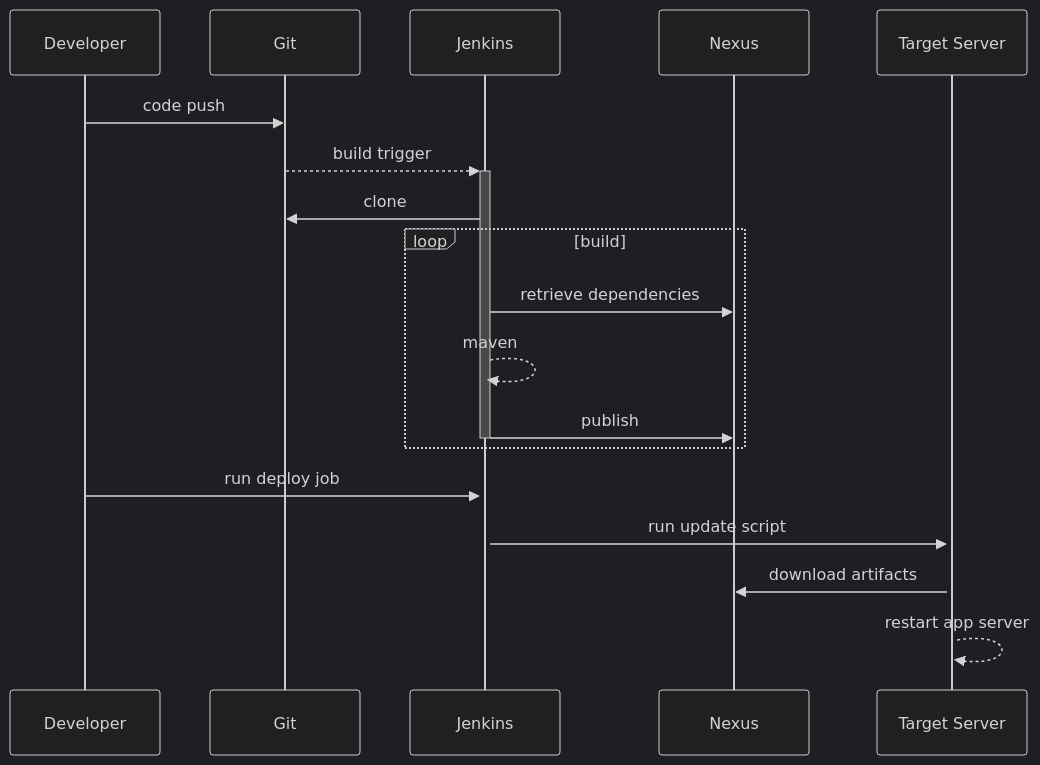
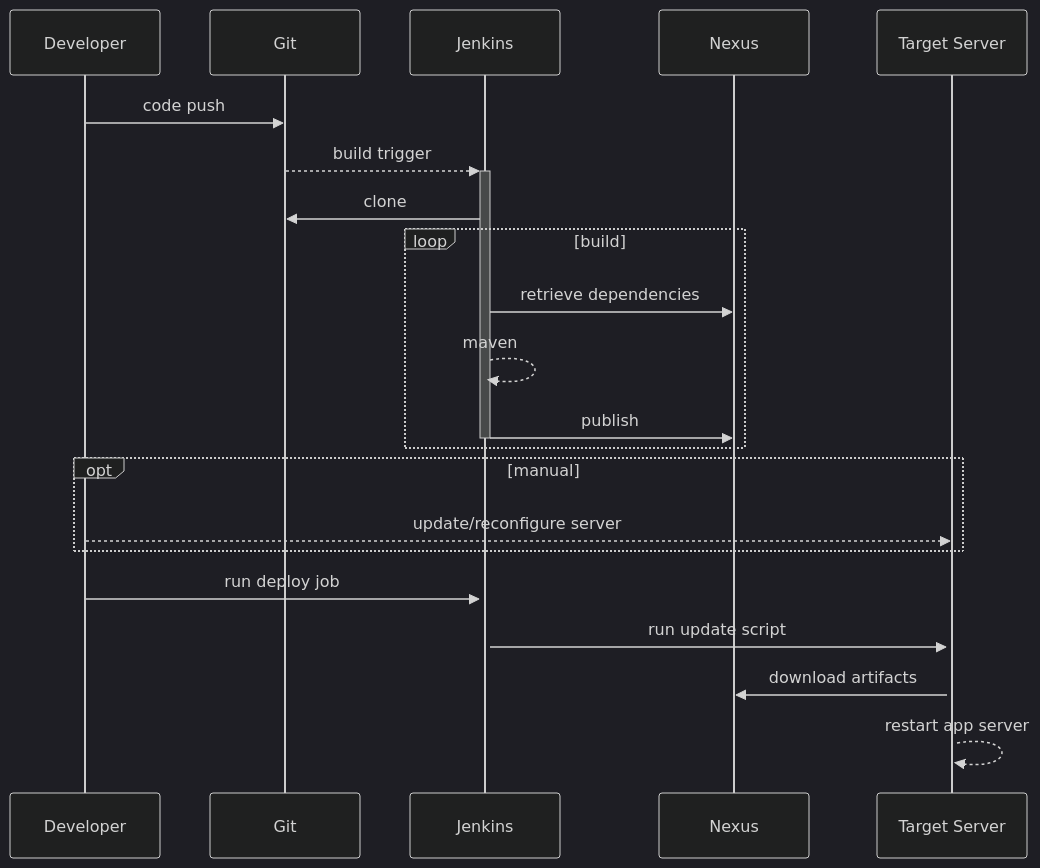
One commit to jeroenpeeters/thesis changed the first of 4 diagrams in README.md. Above: the diagram before and after it, drawn with Mermaid (dark theme). The commit also changed other lines of this file, not shown here.

Commit message:
add link to history. 'compiled' -> 'pdf'

````diff
--- a/README.md
+++ b/README.md
@@ -28,25 +28,29 @@
 ```mermaid
 sequenceDiagram
 
 participant Developer
 participant Git
 participant Jenkins
 participant Nexus
 participant Target Server
 
 Developer->>Git:    code push
 Git-->>+Jenkins:    build trigger
 Jenkins->>Git:      clone
 
 loop build
 Jenkins->>Nexus:    retrieve dependencies
 Jenkins-->>Jenkins:  maven
 Jenkins->>-Nexus:   publish
 end
 
+opt manual
+Developer-->>Target Server: update/reconfigure server
+end
+
 Developer->>+Jenkins:  run deploy job
 
 Jenkins->>+Target Server: run update script
 Target Server->>Nexus:    download artifacts
 Target Server-->>Target Server: restart app server
 ```
````
